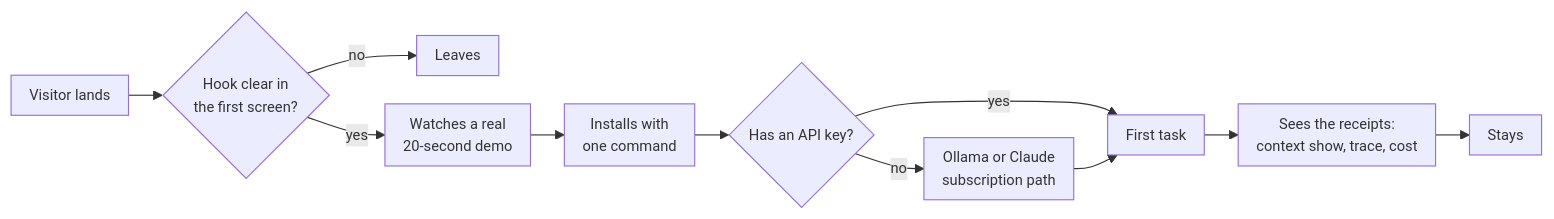
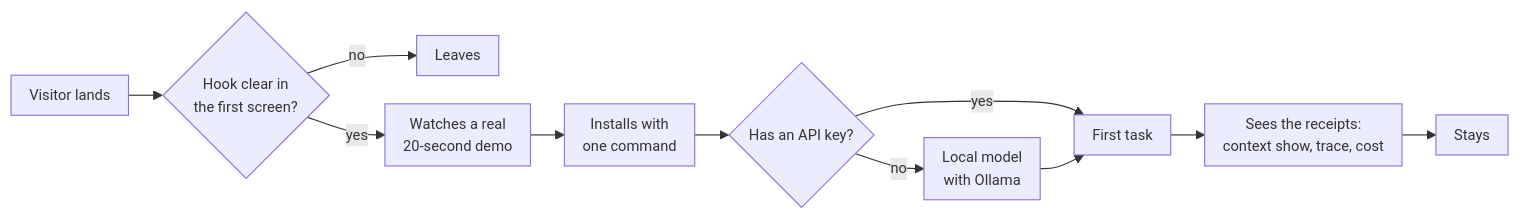
One commit to wojciechkpl/hone changed the first of 3 diagrams in docs/plans/readme-refresh-2026-11.md. Above: the diagram before and after it, drawn with Mermaid. The commit also changed other lines of this file and 1 other file, not shown here.

````diff
--- a/docs/plans/readme-refresh-2026-11.md
+++ b/docs/plans/readme-refresh-2026-11.md
@@ -7,13 +7,13 @@
 ```mermaid
 %%{init: {"themeVariables": {"fontSize": "13px"}, "flowchart": {"nodeSpacing": 25, "rankSpacing": 30, "padding": 8}, "sequence": {"actorMargin": 30, "messageMargin": 25, "boxMargin": 6}, "gantt": {"barHeight": 16, "barGap": 3}}}%%
 flowchart LR
     A[Visitor lands] --> B{Hook clear in<br/>the first screen?}
     B -- no --> X[Leaves]
     B -- yes --> C[Watches a real<br/>20-second demo]
     C --> D[Installs with<br/>one command]
     D --> E{Has an API key?}
     E -- yes --> F[First task]
-    E -- no --> G[Ollama or Claude<br/>subscription path] --> F
+    E -- no --> G[Local model<br/>with Ollama] --> F
     F --> H[Sees the receipts:<br/>context show, trace, cost]
     H --> I[Stays]
 ```
````
